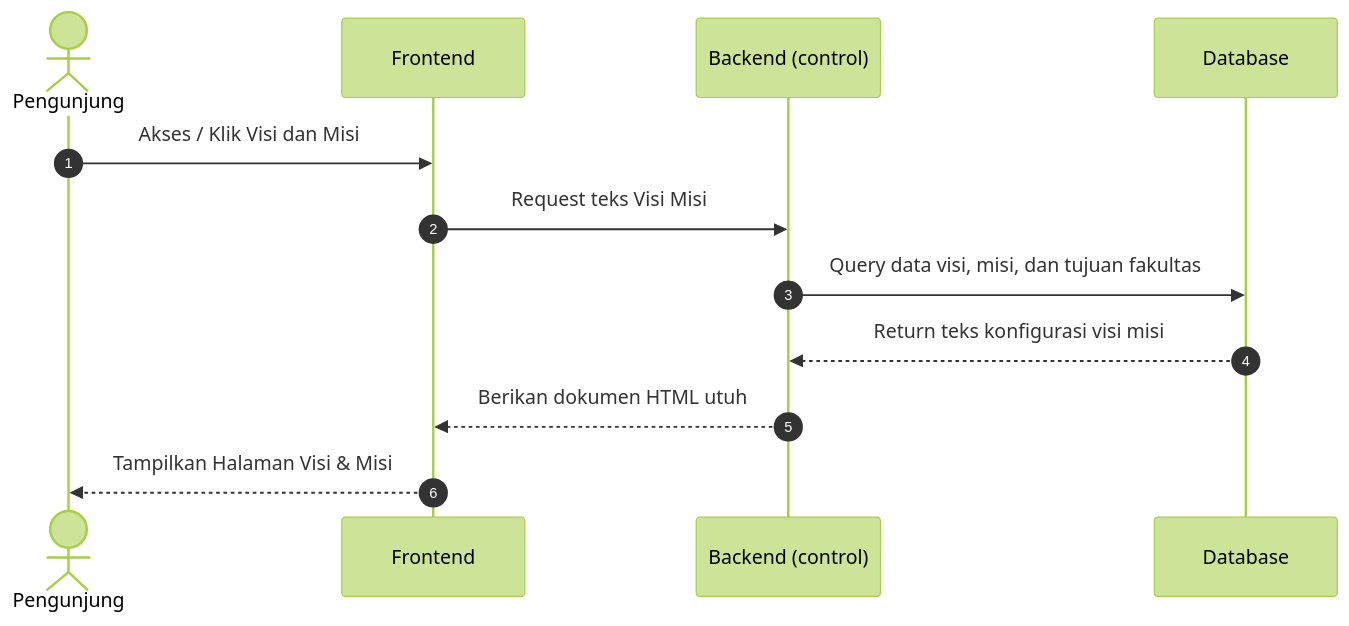
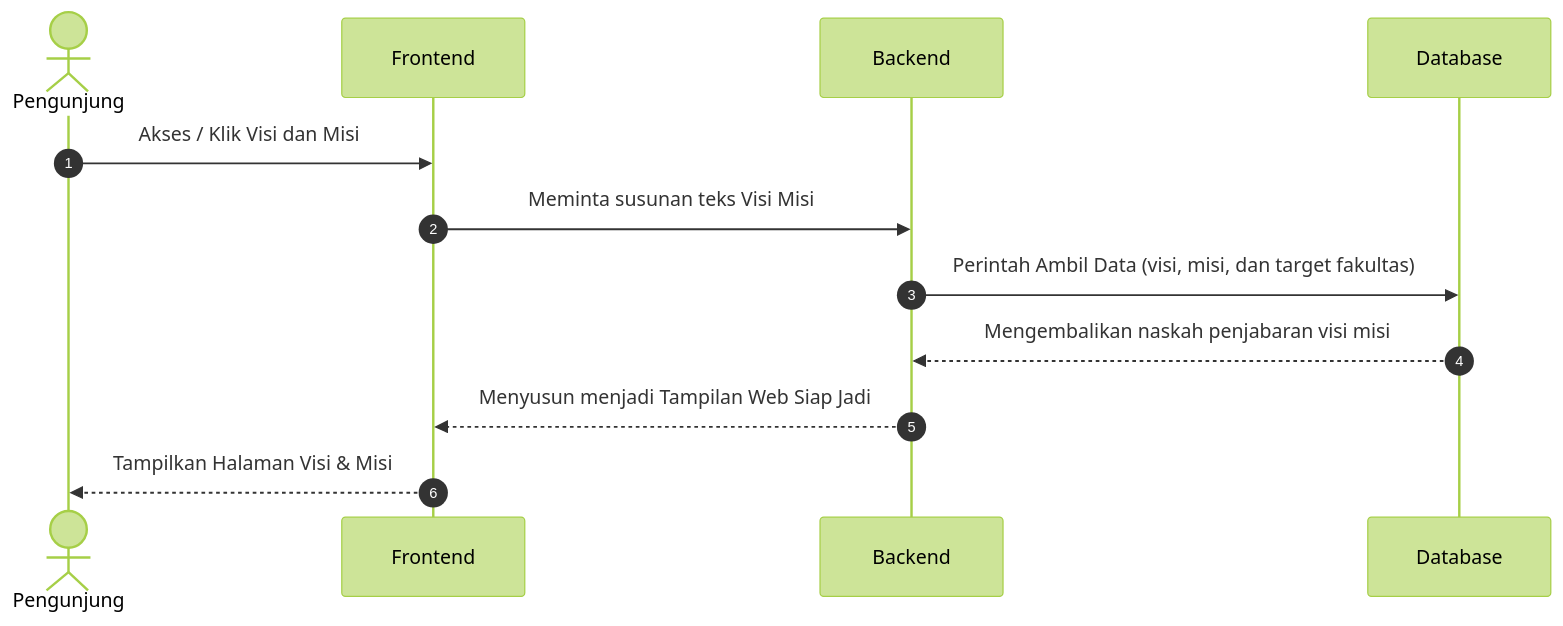
The fifth of 22 diagrams in docs/kumpulan_sequence_frontend.md (arbain-dev/Web_fikom), drawn with Mermaid (forest theme) before and after one commit. The commit also changed other lines of this file and 1 other file, not shown here.

Commit message:
docs: menyederhanakan bahasa teknikal (query, render, html, http, json) menjadi perbendaharaan operasional sederhana di diagram aktivitas public frontend

````diff
--- a/docs/kumpulan_sequence_frontend.md
+++ b/docs/kumpulan_sequence_frontend.md
@@ -87,18 +87,18 @@
 ```mermaid
 sequenceDiagram
     autonumber
     
     actor User as Pengunjung
-    participant Frontend
-    participant Backend as Backend (control)
-    participant DB as Database
+    participant Frontend as Frontend
+    participant Backend as Backend
+    participant Database as Database
 
     User->>Frontend: Akses / Klik Visi dan Misi
-    Frontend->>Backend: Request teks Visi Misi
+    Frontend->>Backend: Meminta susunan teks Visi Misi
     
-    Backend->>DB: Query data visi, misi, dan tujuan fakultas
-    DB-->>Backend: Return teks konfigurasi visi misi
+    Backend->>Database: Perintah Ambil Data (visi, misi, dan target fakultas)
+    Database-->>Backend: Mengembalikan naskah penjabaran visi misi
     
-    Backend-->>Frontend: Berikan dokumen HTML utuh
+    Backend-->>Frontend: Menyusun menjadi Tampilan Web Siap Jadi
     Frontend-->>User: Tampilkan Halaman Visi & Misi
 ```
````
